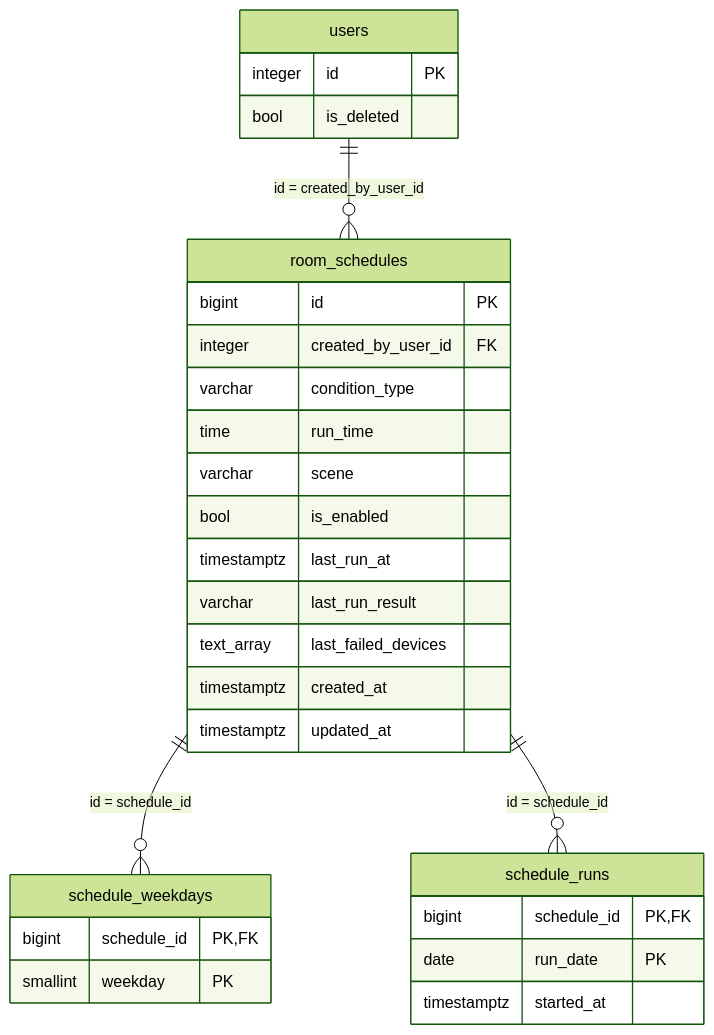
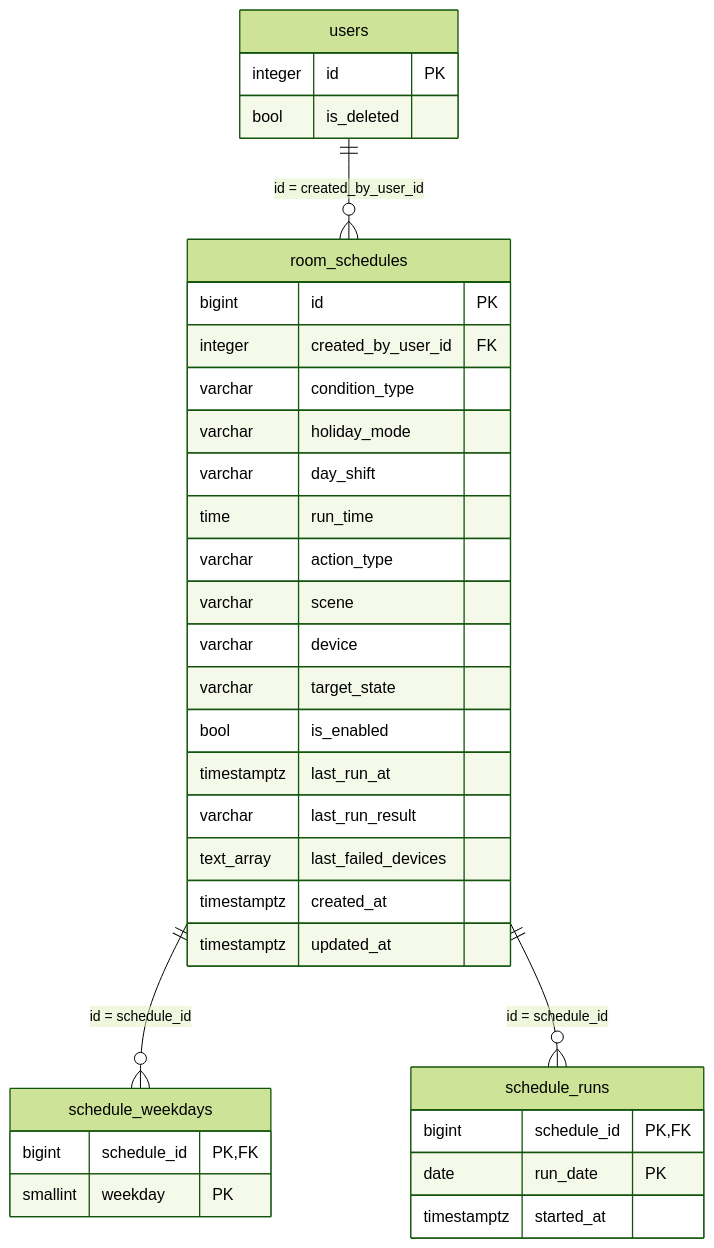
The diagram in specs/room/db-design.md (u1tym/claude_webapp), drawn with Mermaid (forest theme) before and after one commit. The commit also changed other lines of this file and 24 other files, not shown here.

````diff
--- a/specs/room/db-design.md
+++ b/specs/room/db-design.md
@@ -24,32 +24,37 @@
 ```mermaid
 erDiagram
     users ||--o{ room_schedules : "id = created_by_user_id"
     room_schedules ||--o{ schedule_weekdays : "id = schedule_id"
     room_schedules ||--o{ schedule_runs : "id = schedule_id"
     users {
         integer id PK
         bool is_deleted
     }
     room_schedules {
         bigint id PK
         integer created_by_user_id FK
         varchar condition_type
+        varchar holiday_mode
+        varchar day_shift
         time run_time
+        varchar action_type
         varchar scene
+        varchar device
+        varchar target_state
         bool is_enabled
         timestamptz last_run_at
         varchar last_run_result
         text_array last_failed_devices
         timestamptz created_at
         timestamptz updated_at
     }
     schedule_weekdays {
         bigint schedule_id PK, FK
         smallint weekday PK
     }
     schedule_runs {
         bigint schedule_id PK, FK
         date run_date PK
         timestamptz started_at
     }
 ```
````
